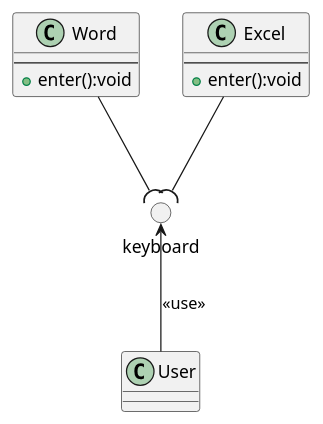
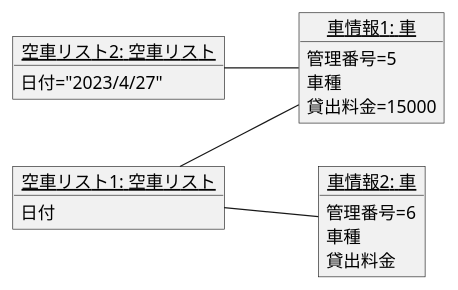
The diagram in 例題3_2.pu (05Uwa/uml-introduction), drawn with PlantUML before and after one commit. The commit also changed 8 other files, not shown here.

```diff
--- a/例題3_2.pu
+++ b/例題3_2.pu
@@ -1,87 +1,108 @@
 @startuml
 ' left to right direction
 ' class 会社 {}
 ' class 社員 {}
 ' ' 会社 --> 社員:雇う
 ' 会社 "0..1" ----"*"  社員
 ' note top of 会社:雇用者
 ' note top of 社員:従業員
 
 ' 会員リスト o-- 会員
 ' note right of 会員リスト
 ' 会員クラスがなくて成り立つ
 ' end note
 
 ' パソコン"1" *-- ハードディスク
 ' note right of パソコン
 ' ハードディスクがないと成り立ちません。
 ' end note
 ' 会社 o-- 社員
 ' 社員 *-- 社員証
 
 ' left to right direction
 ' 注文<.. 注文管理
 ' note top of 注文管理
 ' 注文管理が注文のメソッドもしくは属性を呼び出している
 ' end note
 
 ' class 社員{
 ' - 社員ID
 ' - 社員名
 ' ---
 ' + 社員ID設定（社員ID:int）:void
 ' + 社員ID取得（）:int
 ' + 社員名設定（社員名:String）:void
 ' + 社員名取得（）:String
 ' }
 ' class 技術社員{
 ' - プロジェクト名:String
 ' ---
 ' + プロジェクト名設定（プロジェクト名:String）:void
 ' + プロジェクト名取得（）:String
 ' }
 ' class 営業社員{
 ' - 担当地域名:String
 ' ---
 ' + 担当地域名設定（プロジェクト名:String）:void
 ' + 担当地域名取得（）:String
 ' }
 ' ' 社員<|--down- 技術社員
 ' ' 社員<|--down- 営業社員
 ' 技術社員 -right-|> 社員
 ' 営業社員 -right-|> 社員
 
 ' abstract class Animal <<Abstract>> {
 ' ---
 ' + Walk:void 
 ' + {abstract} eat():int
 ' + {abstract} cry():void
 ' }
 ' class Dog {
 ' ---
 ' + eat():int
 ' + cry():void
 ' }
 ' class Cat {
 ' ---
 ' + eat():int
 ' + cry():void
 ' }
 ' Animal <|-down- Dog
 ' Animal <|-down- Cat
 
-class Word {
----
-+ enter():void
+' class Word {
+' ---
+' + enter():void
+' }
+' class Excel {
+' ---
+' + enter():void
+' }
+' circle "keyboard" as I1
+' Word --( I1
+' Excel --( I1
+' class User {
+' }
+' I1 <-- User:<< use >>
+
+left to right direction
+object "<u>空車リスト2: 空車リスト</u>" as k2 {
+日付="2023/4/27"
 }
-class Excel {
----
-+ enter():void
+object "<u>空車リスト1: 空車リスト</u>" as k1 {
+日付
 }
-circle "keyboard" as I1
-Word --( I1
-Excel --( I1
-class User {
+object "<u>車情報1: 車</u>" as car1 {
+管理番号=5
+車種
+貸出料金=15000
 }
-I1 <-- User:<< use >>
+object "<u>車情報2: 車</u>" as car2 {
+管理番号=6
+車種
+貸出料金
+}
+k1 -- car1
+k1 -- car2
+k2 -- car1
 @enduml
```
